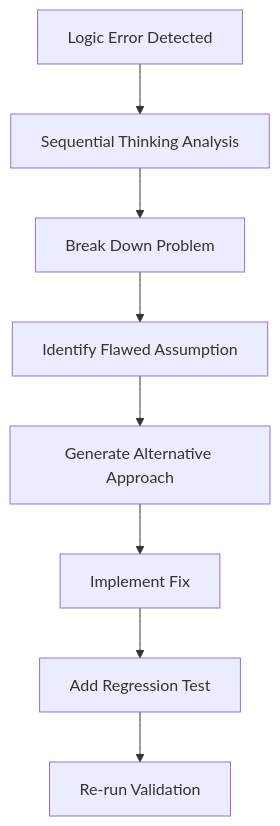
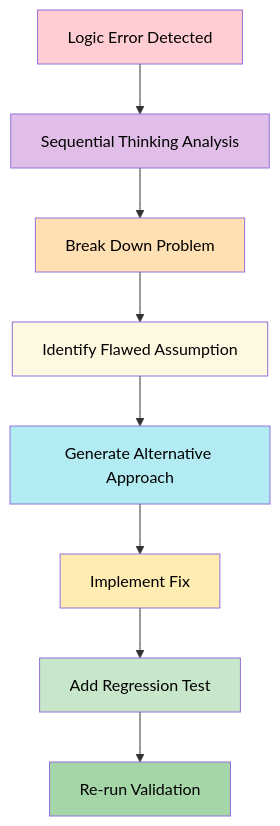
Before and after one commit to bprzybys-nc/ctx-eng-plus: diagram 16 of 17 in docs/06-workflow-patterns.md, drawn with Mermaid. The commit also changed other lines of this file and 8 other files, not shown here.

````diff
--- a/docs/06-workflow-patterns.md
+++ b/docs/06-workflow-patterns.md
@@ -1552,10 +1674,19 @@
 ```mermaid
 graph TD
     A["Logic Error Detected"] --> B["Sequential Thinking Analysis"]
     B --> C["Break Down Problem"]
     C --> D["Identify Flawed Assumption"]
     D --> E["Generate Alternative Approach"]
     E --> F["Implement Fix"]
     F --> G["Add Regression Test"]
     G --> H["Re-run Validation"]
+
+    style A fill:#ffcdd2,color:#000
+    style B fill:#e1bee7,color:#000
+    style C fill:#ffe0b2,color:#000
+    style D fill:#fff8e1,color:#000
+    style E fill:#b2ebf2,color:#000
+    style F fill:#ffecb3,color:#000
+    style G fill:#c8e6c9,color:#000
+    style H fill:#a5d6a7,color:#000
 ```
````
